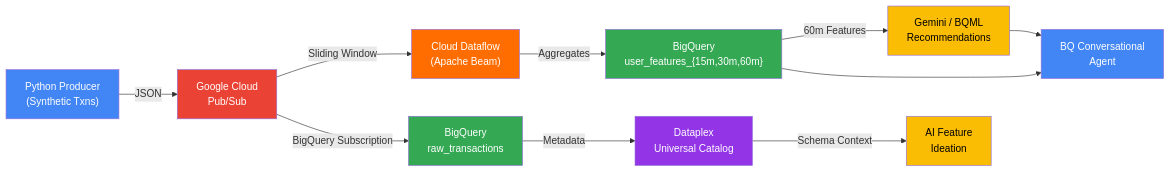
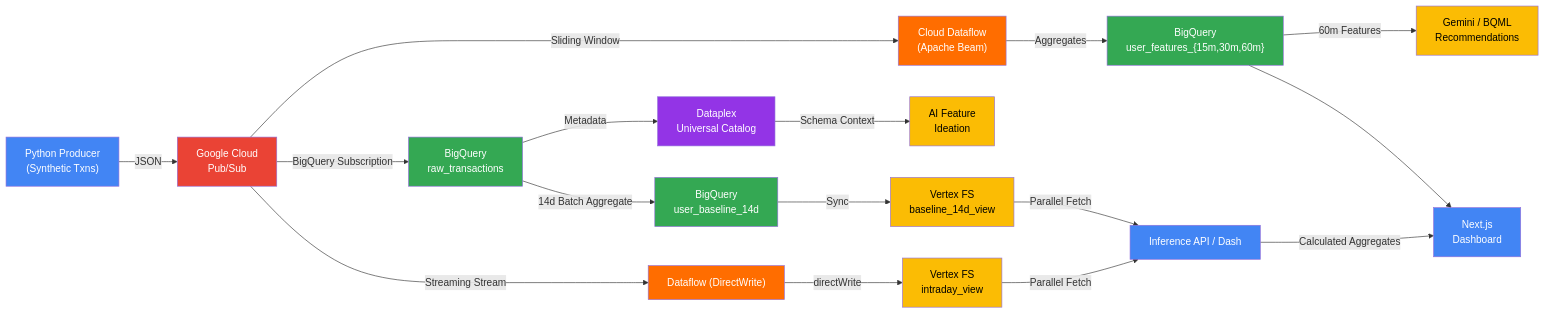
One commit to gargravish/Fintech_Dashboard changed the diagram in README.md. Above: the diagram before and after it, drawn with Mermaid. The commit also changed other lines of this file and 22 other files, not shown here.

````diff
--- a/README.md
+++ b/README.md
@@ -5,22 +5,37 @@
 ```mermaid
 graph LR
     A["Python Producer<br/>(Synthetic Txns)"] -->|JSON| B["Google Cloud<br/>Pub/Sub"]
     B -->|Sliding Window| C["Cloud Dataflow<br/>(Apache Beam)"]
     C -->|Aggregates| D["BigQuery<br/>user_features_{15m,30m,60m}"]
     B -->|BigQuery Subscription| R["BigQuery<br/>raw_transactions"]
     D -->|60m Features| E["Gemini / BQML<br/>Recommendations"]
     R -->|Metadata| F["Dataplex<br/>Universal Catalog"]
     F -->|Schema Context| G["AI Feature<br/>Ideation"]
-    D --> H["BQ Conversational<br/>Agent"]
-    E --> H
+    D --> H["Next.js<br/>Dashboard"]
     
+    %% Vertex AI Dual Feature View Path
+    R -->|14d Batch Aggregate| V_BQ["BigQuery<br/>user_baseline_14d"]
+    V_BQ -->|Sync| V_FS_B["Vertex FS<br/>baseline_14d_view"]
+    
+    B -->|Streaming Stream| V_DF["Dataflow (DirectWrite)"]
+    V_DF -->|directWrite| V_FS_I["Vertex FS<br/>intraday_view"]
+    
+    V_FS_B -->|Parallel Fetch| V_INF["Inference API / Dash"]
+    V_FS_I -->|Parallel Fetch| V_INF
+    V_INF -->|Calculated Aggregates| H
+
     style A fill:#4285F4,color:#fff
     style B fill:#EA4335,color:#fff
     style C fill:#FF6D00,color:#fff
     style D fill:#34A853,color:#fff
     style R fill:#34A853,color:#fff
     style E fill:#FBBC04,color:#000
     style F fill:#9334E6,color:#fff
     style G fill:#FBBC04,color:#000
     style H fill:#4285F4,color:#fff
+    style V_BQ fill:#34A853,color:#fff
+    style V_FS_B fill:#FBBC04,color:#000
+    style V_FS_I fill:#FBBC04,color:#000
+    style V_DF fill:#FF6D00,color:#fff
+    style V_INF fill:#4285F4,color:#fff
 ```
````
